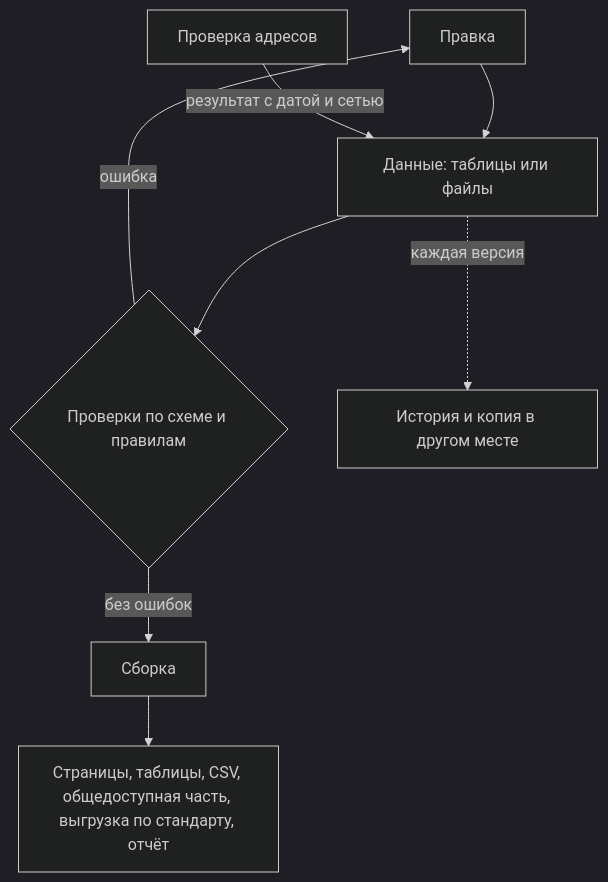
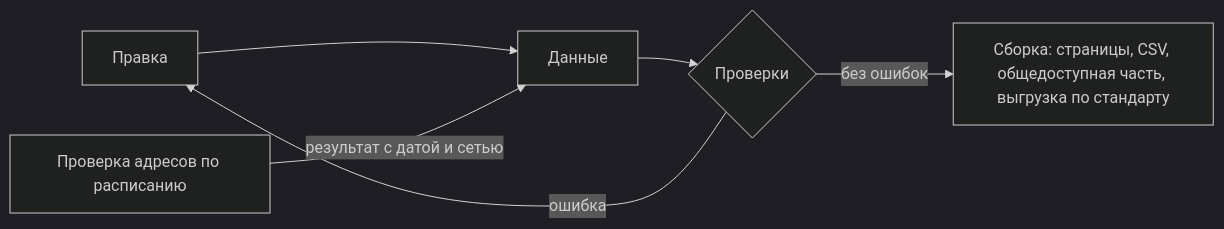
The second of 2 diagrams in docs/06-tools/03-registry-as-data.md (ivbeg/data-inventory), drawn with Mermaid (dark theme) before and after one commit. The commit also changed other lines of this file and 54 other files, not shown here.

````diff
--- a/docs/06-tools/03-registry-as-data.md
+++ b/docs/06-tools/03-registry-as-data.md
@@ -21,10 +165,8 @@
 ```mermaid
-flowchart TB
-  E["Правка"] --> D["Данные: таблицы или файлы"]
-  A["Проверка адресов"] -- результат с датой и сетью --> D
-  D --> C{"Проверки по схеме и правилам"}
-  C -- ошибка --> E
-  C -- без ошибок --> B["Сборка"]
-  B --> P["Страницы, таблицы, CSV, общедоступная часть, выгрузка по стандарту, отчёт"]
-  D -. каждая версия .-> G["История и копия в другом месте"]
+flowchart LR
+  E["Правка"] --> D["Данные"]
+  A["Проверка адресов по расписанию"] -- "результат с датой и сетью" --> D
+  D --> C{"Проверки"}
+  C -- "ошибка" --> E
+  C -- "без ошибок" --> B["Сборка: страницы, CSV, общедоступная часть, выгрузка по стандарту"]
 ```
````
